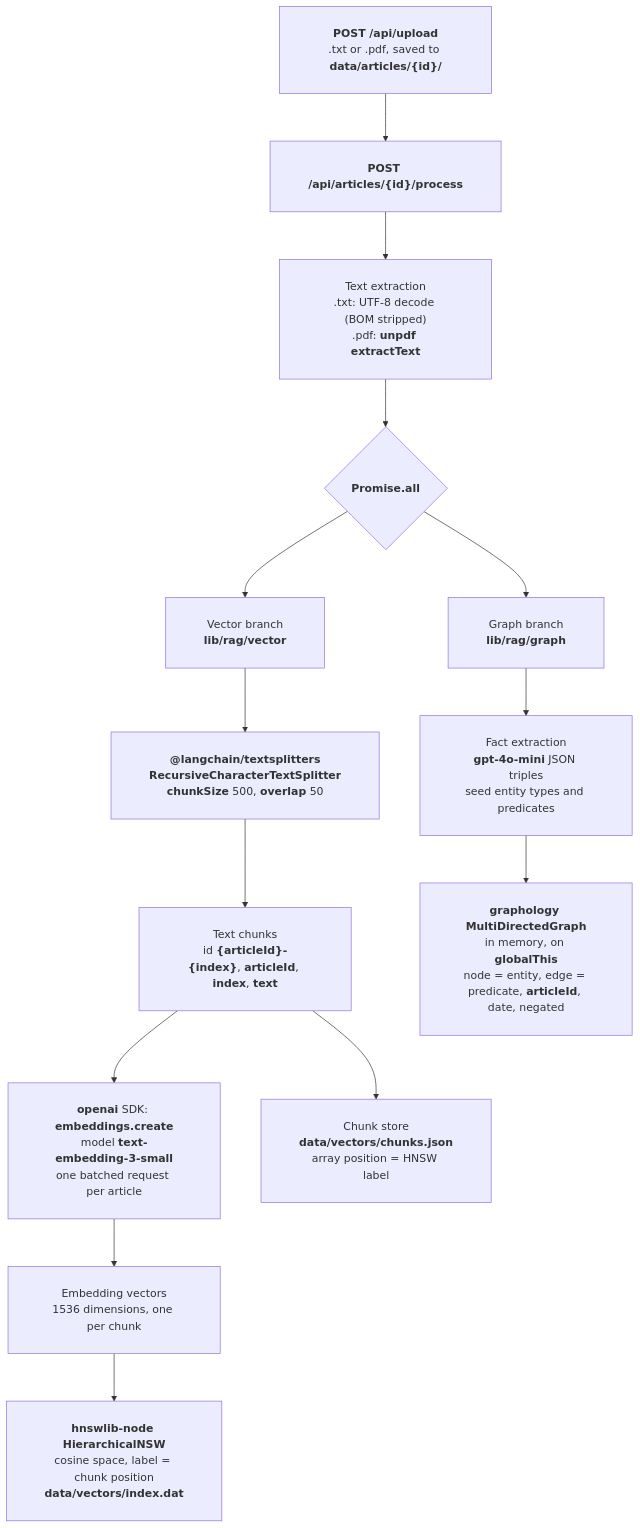
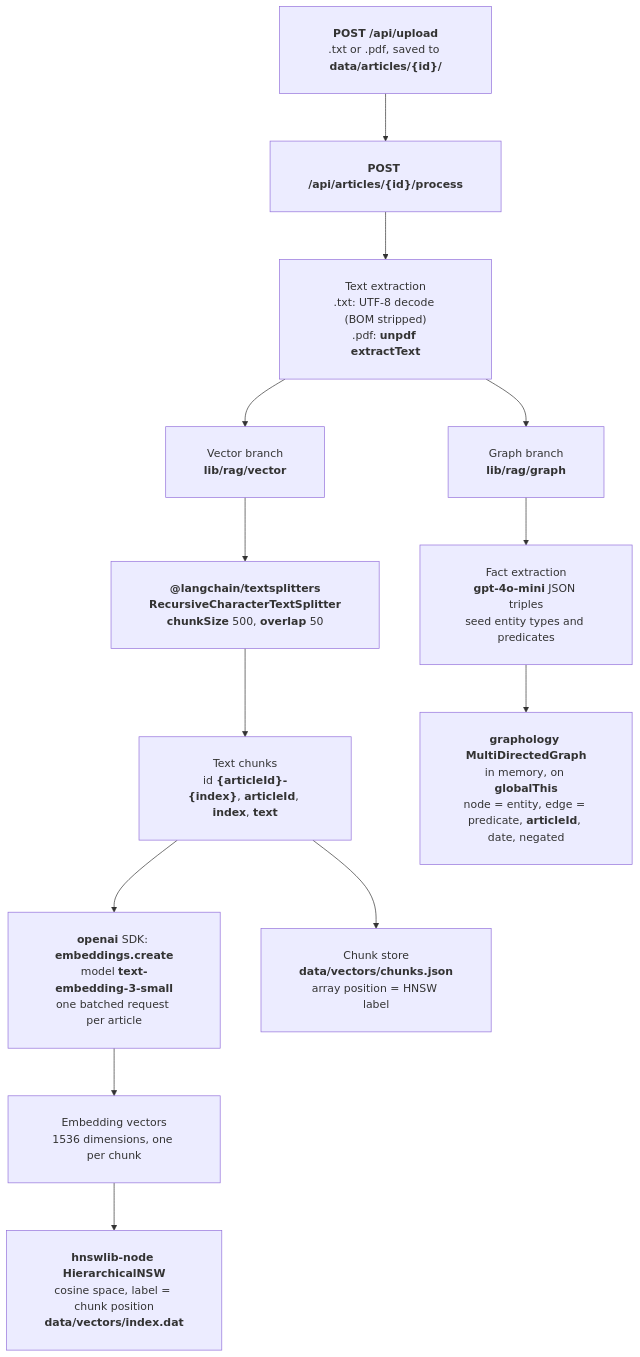
One commit to NickRumenov1/next-insights-rag changed the first of 2 diagrams in Architecture.md. Above: the diagram before and after it, drawn with Mermaid. The commit also changed other lines of this file and 1 other file, not shown here.

Commit message:
improve diagrams

````diff
--- a/Architecture.md
+++ b/Architecture.md
@@ -21,20 +21,18 @@
 ```mermaid
 %%{init: {"themeVariables": {"fontSize": "26"}, "flowchart": {"padding": 28, "nodeSpacing": 60, "rankSpacing": 70}}}%%
 flowchart TD
     Upload["<b>POST /api/upload</b><br/>.txt or .pdf, saved to <b>data/articles/{id}/</b>"] --> Process["<b>POST /api/articles/{id}/process</b>"]
     Process --> Extract["Text extraction<br/>.txt: UTF-8 decode (BOM stripped)<br/>.pdf: <b>unpdf</b> <b>extractText</b>"]
-    Extract --> Parallel{"<b>Promise.all</b>"}
-
-    Parallel --> VectorBranch["Vector branch<br/><b>lib/rag/vector</b>"]
-    Parallel --> GraphBranch["Graph branch<br/><b>lib/rag/graph</b>"]
+    Extract --> VectorBranch["Vector branch<br/><b>lib/rag/vector</b>"]
+    Extract --> GraphBranch["Graph branch<br/><b>lib/rag/graph</b>"]
 
     VectorBranch --> Splitter["<b>@langchain/textsplitters</b><br/><b>RecursiveCharacterTextSplitter</b><br/><b>chunkSize</b> 500, <b>overlap</b> 50"]
     Splitter --> Chunks["Text chunks<br/>id <b>{articleId}-{index}</b>, <b>articleId</b>, <b>index</b>, <b>text</b>"]
     Chunks --> Embedder["<b>openai</b> SDK: <b>embeddings.create</b><br/>model <b>text-embedding-3-small</b><br/>one batched request per article"]
     Embedder --> Vectors["Embedding vectors<br/>1536 dimensions, one per chunk"]
     Vectors --> HnswIndex["<b>hnswlib-node</b> <b>HierarchicalNSW</b><br/>cosine space, label = chunk position<br/><b>data/vectors/index.dat</b>"]
     Chunks --> ChunksFile["Chunk store<br/><b>data/vectors/chunks.json</b><br/>array position = HNSW label"]
 
     GraphBranch --> Facts["Fact extraction<br/><b>gpt-4o-mini</b> JSON triples<br/>seed entity types and predicates"]
     Facts --> GraphStore["<b>graphology</b> <b>MultiDirectedGraph</b><br/>in memory, on <b>globalThis</b><br/>node = entity, edge = predicate, <b>articleId</b>, date, negated"]
 ```
````
